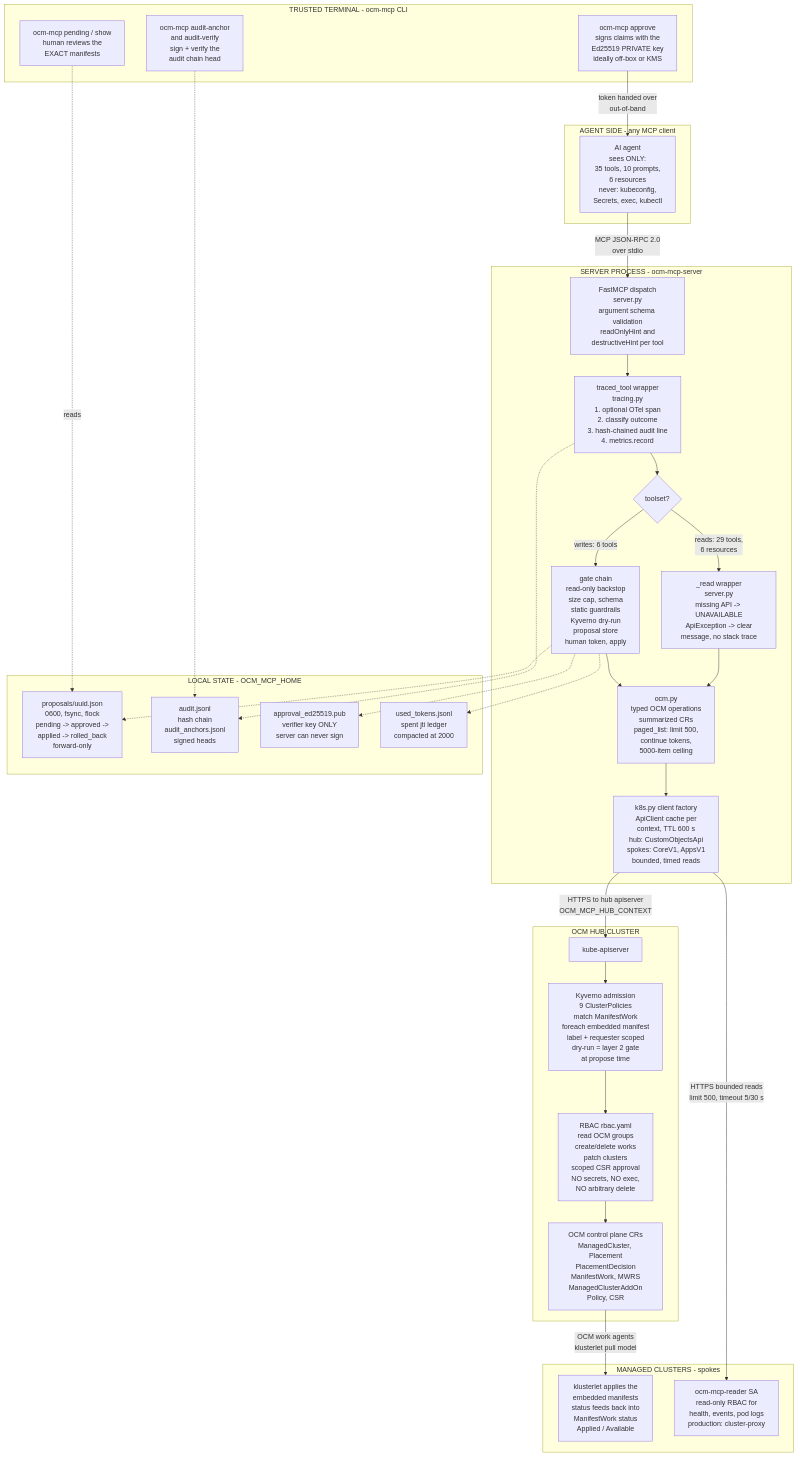
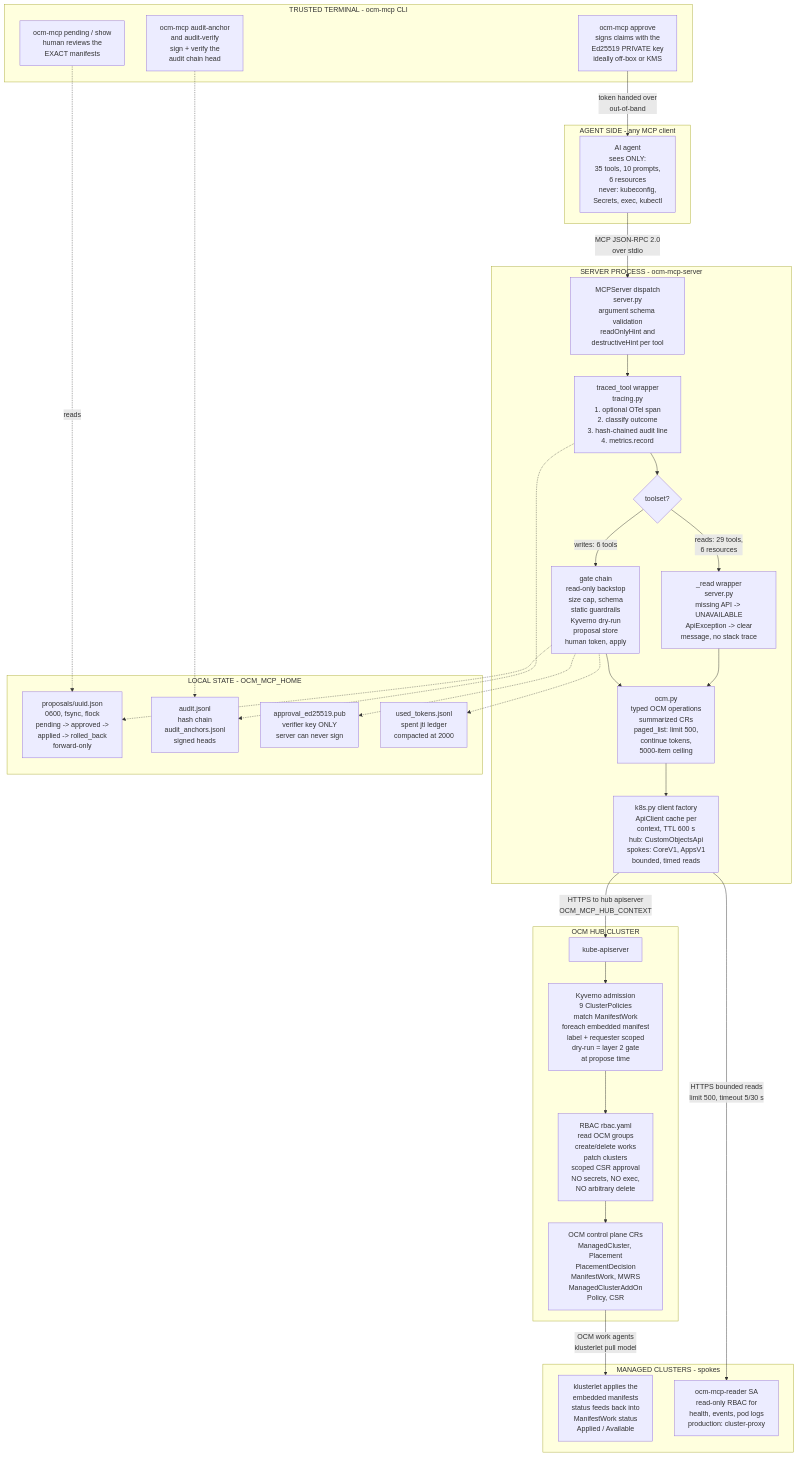
Before and after one commit to ocm-mcp-server/ocm-mcp-server: the first of 7 diagrams in docs/architecture.md, drawn with Mermaid. The commit also changed other lines of this file and 6 other files, not shown here.

````diff
--- a/docs/architecture.md
+++ b/docs/architecture.md
@@ -52,56 +52,56 @@
 ```mermaid
 flowchart TD
     subgraph CLIENT["AGENT SIDE - any MCP client"]
         A["AI agent<br/>sees ONLY:<br/>35 tools, 10 prompts,<br/>6 resources<br/>never: kubeconfig,<br/>Secrets, exec, kubectl"]
     end
 
     A -- "MCP JSON-RPC 2.0<br/>over stdio" --> B
 
     subgraph SERVER["SERVER PROCESS - ocm-mcp-server"]
-        B["FastMCP dispatch<br/>server.py<br/>argument schema validation<br/>readOnlyHint and<br/>destructiveHint per tool"]
+        B["MCPServer dispatch<br/>server.py<br/>argument schema validation<br/>readOnlyHint and<br/>destructiveHint per tool"]
         B --> C["traced_tool wrapper<br/>tracing.py<br/>1. optional OTel span<br/>2. classify outcome<br/>3. hash-chained audit line<br/>4. metrics.record"]
         C --> D{"toolset?"}
         D -- "reads: 29 tools,<br/>6 resources" --> E["_read wrapper<br/>server.py<br/>missing API -> UNAVAILABLE<br/>ApiException -> clear<br/>message, no stack trace"]
         D -- "writes: 6 tools" --> F["gate chain<br/>read-only backstop<br/>size cap, schema<br/>static guardrails<br/>Kyverno dry-run<br/>proposal store<br/>human token, apply"]
         E --> G["ocm.py<br/>typed OCM operations<br/>summarized CRs<br/>paged_list: limit 500,<br/>continue tokens,<br/>5000-item ceiling"]
         F --> G
         G --> H["k8s.py client factory<br/>ApiClient cache per<br/>context, TTL 600 s<br/>hub: CustomObjectsApi<br/>spokes: CoreV1, AppsV1<br/>bounded, timed reads"]
     end
 
     subgraph STATE["LOCAL STATE - OCM_MCP_HOME"]
         S1["proposals/uuid.json<br/>0600, fsync, flock<br/>pending -> approved -><br/>applied -> rolled_back<br/>forward-only"]
         S2["audit.jsonl<br/>hash chain<br/>audit_anchors.jsonl<br/>signed heads"]
         S3["approval_ed25519.pub<br/>verifier key ONLY<br/>server can never sign"]
         S4["used_tokens.jsonl<br/>spent jti ledger<br/>compacted at 2000"]
     end
     F -.-> S1
     C -.-> S2
     F -.-> S3
     F -.-> S4
 
     subgraph HUMAN["TRUSTED TERMINAL - ocm-mcp CLI"]
         T1["ocm-mcp pending / show<br/>human reviews the<br/>EXACT manifests"]
         T2["ocm-mcp approve<br/>signs claims with the<br/>Ed25519 PRIVATE key<br/>ideally off-box or KMS"]
         T3["ocm-mcp audit-anchor<br/>and audit-verify<br/>sign + verify the<br/>audit chain head"]
     end
     T1 -. reads .-> S1
     T2 -- "token handed over<br/>out-of-band" --> A
     T3 -.-> S2
 
     H -- "HTTPS to hub apiserver<br/>OCM_MCP_HUB_CONTEXT" --> I
 
     subgraph HUB["OCM HUB CLUSTER"]
         I["kube-apiserver"]
         I --> J["Kyverno admission<br/>9 ClusterPolicies<br/>match ManifestWork<br/>foreach embedded manifest<br/>label + requester scoped<br/>dry-run = layer 2 gate<br/>at propose time"]
         J --> K["RBAC rbac.yaml<br/>read OCM groups<br/>create/delete works<br/>patch clusters<br/>scoped CSR approval<br/>NO secrets, NO exec,<br/>NO arbitrary delete"]
         K --> L["OCM control plane CRs<br/>ManagedCluster, Placement<br/>PlacementDecision<br/>ManifestWork, MWRS<br/>ManagedClusterAddOn<br/>Policy, CSR"]
     end
 
     L -- "OCM work agents<br/>klusterlet pull model" --> M
 
     subgraph SPOKES["MANAGED CLUSTERS - spokes"]
         M["klusterlet applies the<br/>embedded manifests<br/>status feeds back into<br/>ManifestWork status<br/>Applied / Available"]
         N["ocm-mcp-reader SA<br/>read-only RBAC for<br/>health, events, pod logs<br/>production: cluster-proxy"]
     end
     H -- "HTTPS bounded reads<br/>limit 500, timeout 5/30 s" --> N
 ```
````
